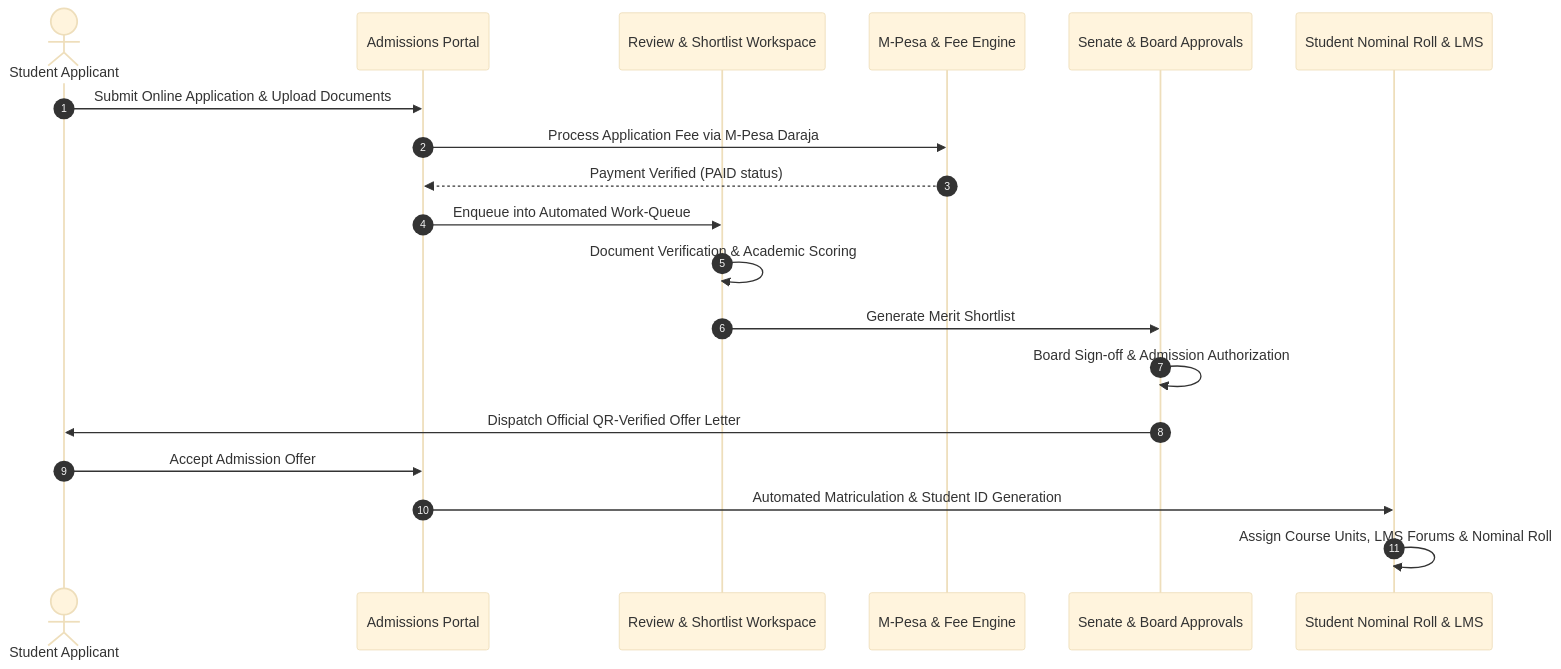
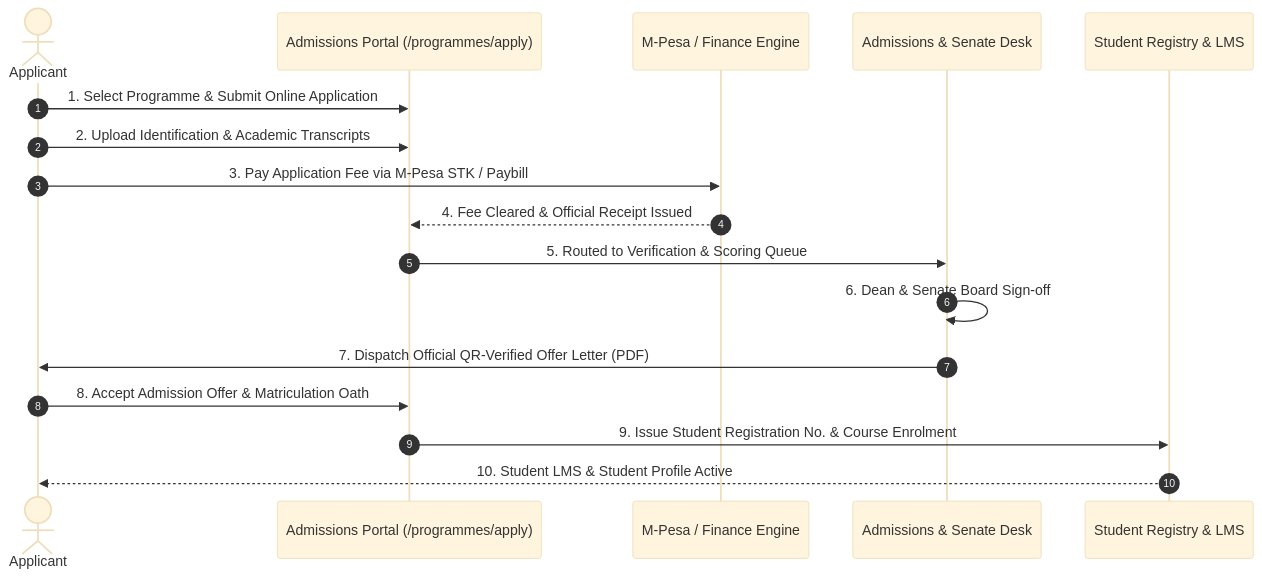
Before and after one commit to Dev-Ouma/memaerp: the third of 4 diagrams in README.md, drawn with Mermaid (base theme). The commit also changed other lines of this file, not shown here.

Commit message:
docs: simplify and modernize system landscape, network topology, applicant lifecycle, and load balancer mermaid diagrams in README.md

````diff
--- a/README.md
+++ b/README.md
@@ -134,22 +132,20 @@
 ```mermaid
 sequenceDiagram
     autonumber
-    actor Applicant as Student Applicant
-    participant Portal as Admissions Portal
-    participant Review as Review & Shortlist Workspace
-    participant Finance as M-Pesa & Fee Engine
-    participant Senate as Senate & Board Approvals
-    participant Reg as Student Nominal Roll & LMS
+    actor App as Applicant
+    participant Portal as Admissions Portal (/programmes/apply)
+    participant Mpesa as M-Pesa / Finance Engine
+    participant Senate as Admissions & Senate Desk
+    participant Student as Student Registry & LMS
 
-    Applicant->>Portal: Submit Online Application & Upload Documents
-    Portal->>Finance: Process Application Fee via M-Pesa Daraja
-    Finance-->>Portal: Payment Verified (PAID status)
-    Portal->>Review: Enqueue into Automated Work-Queue
-    Review->>Review: Document Verification & Academic Scoring
-    Review->>Senate: Generate Merit Shortlist
-    Senate->>Senate: Board Sign-off & Admission Authorization
-    Senate->>Applicant: Dispatch Official QR-Verified Offer Letter
-    Applicant->>Portal: Accept Admission Offer
-    Portal->>Reg: Automated Matriculation & Student ID Generation
-    Reg->>Reg: Assign Course Units, LMS Forums & Nominal Roll
+    App->>Portal: 1. Select Programme & Submit Online Application
+    App->>Portal: 2. Upload Identification & Academic Transcripts
+    App->>Mpesa: 3. Pay Application Fee via M-Pesa STK / Paybill
+    Mpesa-->>Portal: 4. Fee Cleared & Official Receipt Issued
+    Portal->>Senate: 5. Routed to Verification & Scoring Queue
+    Senate->>Senate: 6. Dean & Senate Board Sign-off
+    Senate->>App: 7. Dispatch Official QR-Verified Offer Letter (PDF)
+    App->>Portal: 8. Accept Admission Offer & Matriculation Oath
+    Portal->>Student: 9. Issue Student Registration No. & Course Enrolment
+    Student-->>App: 10. Student LMS & Student Profile Active
 ```
````
